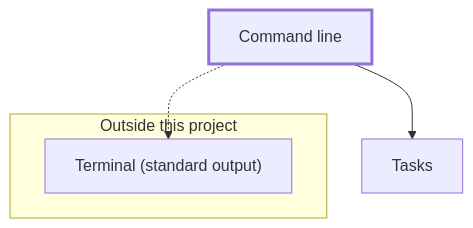
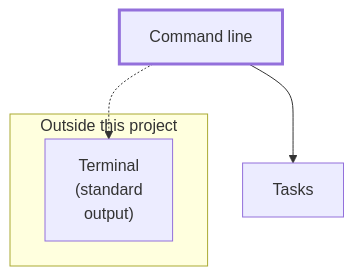
Before and after one commit to lnmunhoz/agent-ready-repo: the diagram in example/features/cli/SPEC.md, drawn with Mermaid. The commit also changed 2 other files, not shown here.

Commit message:
Wrap long diagram labels so GitHub does not clip them
GitHub's Mermaid cut "Terminal (standard output)" to "Terminal (standa".
Node labels now break into lines of at most 16 characters.

````diff
--- a/example/features/cli/SPEC.md
+++ b/example/features/cli/SPEC.md
@@ -39,11 +39,11 @@
 ```mermaid
 flowchart TD
   f_cli["Command line"]
   style f_cli stroke-width:3px
   f_tasks["Tasks"]
   f_cli --> f_tasks
   subgraph outside_f_cli["Outside this project"]
-    ext_f_cli_0["Terminal (standard output)"]
+    ext_f_cli_0["Terminal<br/>(standard<br/>output)"]
   end
   f_cli -.-> ext_f_cli_0
 ```
````
